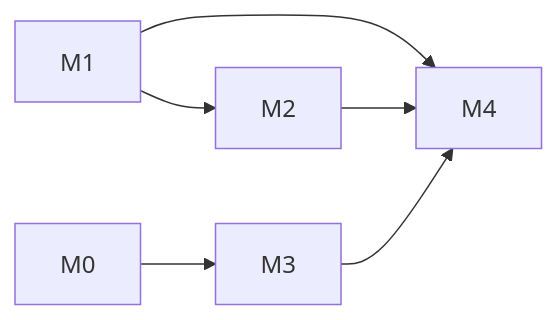
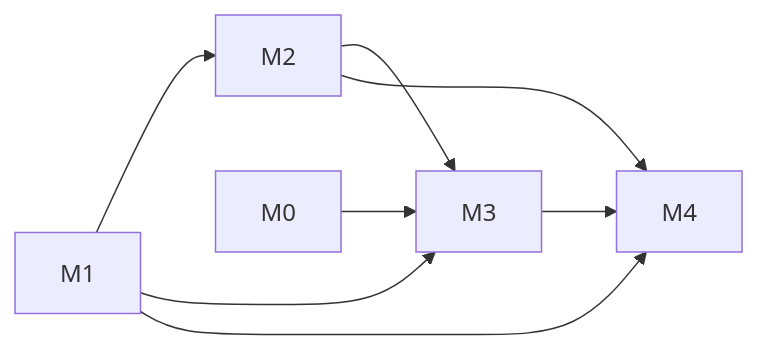
The diagram in docs/baton/DEPENDENCIES.md (MohamedGamil/MapX), drawn with Mermaid before and after one commit. The commit also changed other lines of this file and 52 other files, not shown here.

````diff
--- a/docs/baton/DEPENDENCIES.md
+++ b/docs/baton/DEPENDENCIES.md
@@ -5,8 +5,10 @@
 ```mermaid
 flowchart LR
   M1 --> M2
   M0 --> M3
+  M1 --> M3
+  M2 --> M3
   M1 --> M4
   M2 --> M4
   M3 --> M4
 ```
````
